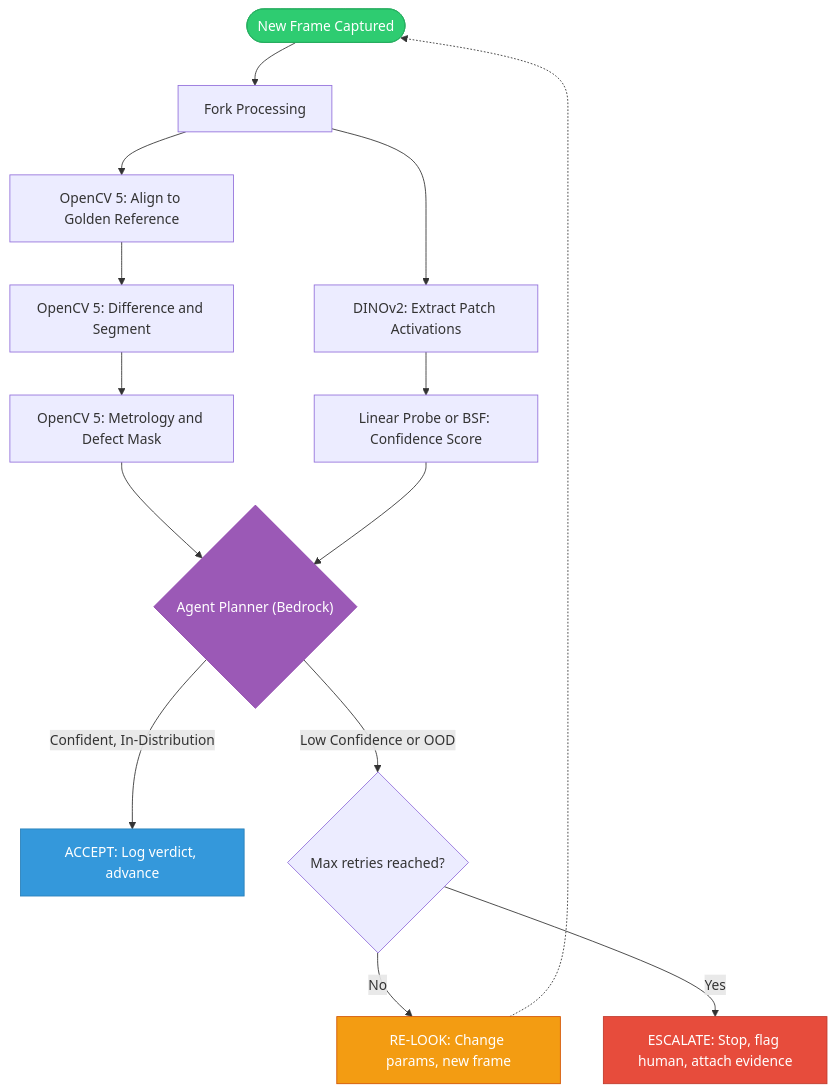
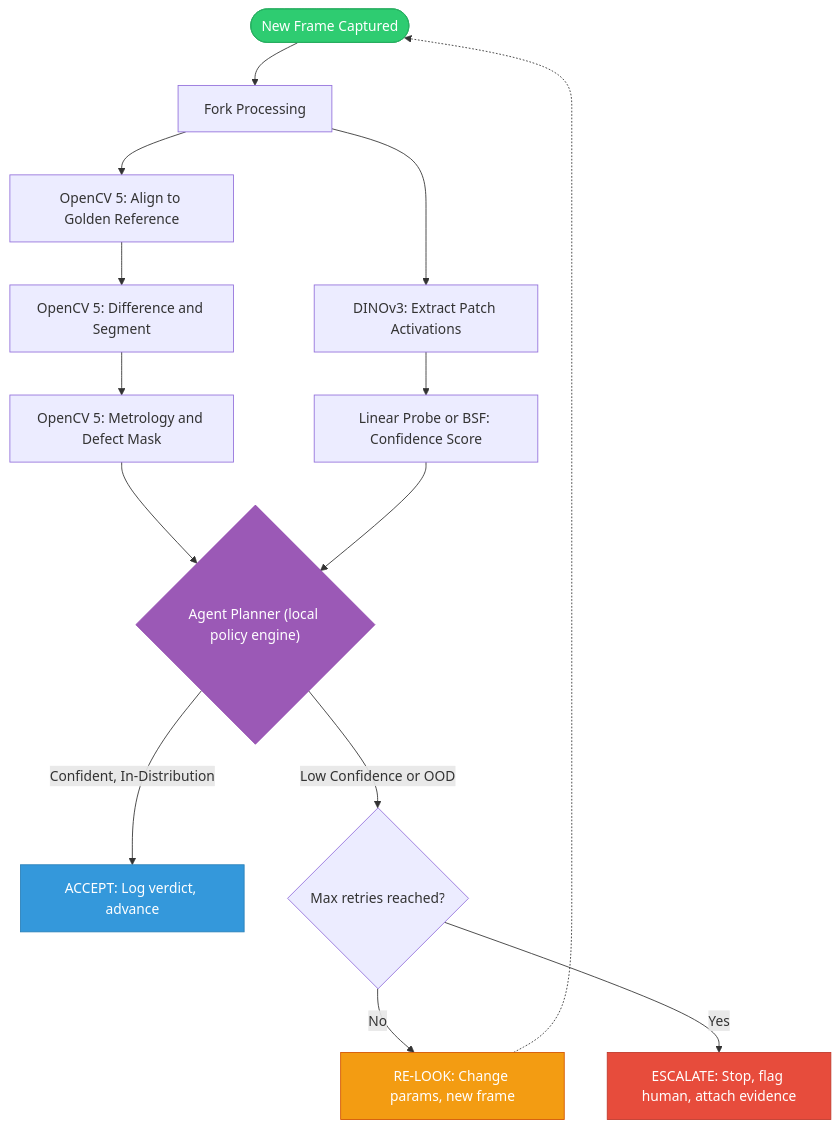
The first of 4 diagrams in FILES/parallax_architecture.md (vasujunior7/Parallax), drawn with Mermaid before and after one commit. The commit also changed other lines of this file and 4 other files, not shown here.

Commit message:
Add engineering architecture documentation for Parallax system,

````diff
--- a/FILES/parallax_architecture.md
+++ b/FILES/parallax_architecture.md
@@ -39,28 +41,28 @@
 ```mermaid
 flowchart TD
     Start(["New Frame Captured"]) --> Split["Fork Processing"]
 
     Split --> CV1["OpenCV 5: Align to Golden Reference"]
     CV1 --> CV2["OpenCV 5: Difference and Segment"]
     CV2 --> CV3["OpenCV 5: Metrology and Defect Mask"]
 
-    Split --> PR1["DINOv2: Extract Patch Activations"]
+    Split --> PR1["DINOv3: Extract Patch Activations"]
     PR1 --> PR2["Linear Probe or BSF: Confidence Score"]
 
-    CV3 --> Agent{"Agent Planner (Bedrock)"}
+    CV3 --> Agent{"Agent Planner (local policy engine)"}
     PR2 --> Agent
 
     Agent -- "Confident, In-Distribution" --> Accept["ACCEPT: Log verdict, advance"]
     Agent -- "Low Confidence or OOD" --> Relook{"Max retries reached?"}
 
     Relook -- "No" --> Capture["RE-LOOK: Change params, new frame"]
     Capture -.-> Start
 
     Relook -- "Yes" --> Escalate["ESCALATE: Stop, flag human, attach evidence"]
 
     style Start fill:#2ecc71,stroke:#27ae60,color:#fff
     style Accept fill:#3498db,stroke:#2980b9,color:#fff
     style Capture fill:#f39c12,stroke:#d35400,color:#fff
     style Escalate fill:#e74c3c,stroke:#c0392b,color:#fff
     style Agent fill:#9b59b6,stroke:#8e44ad,color:#fff
 ```
````
